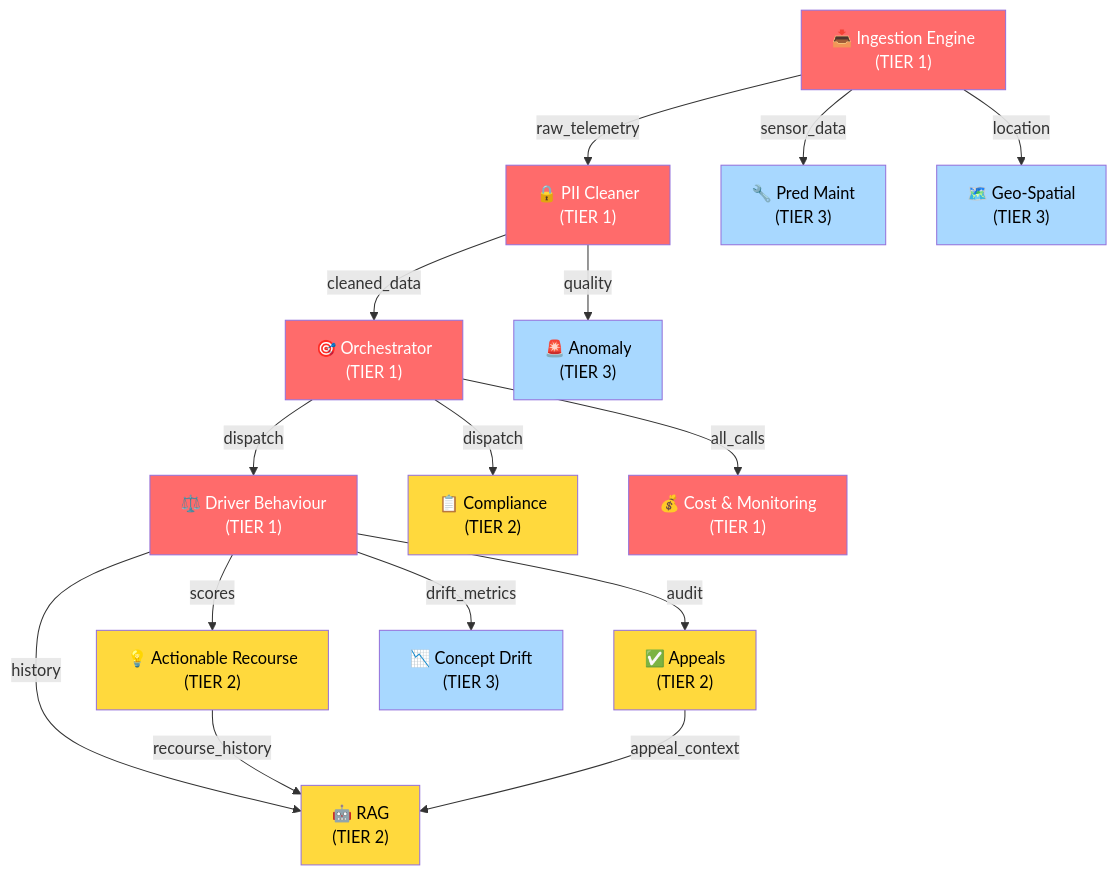
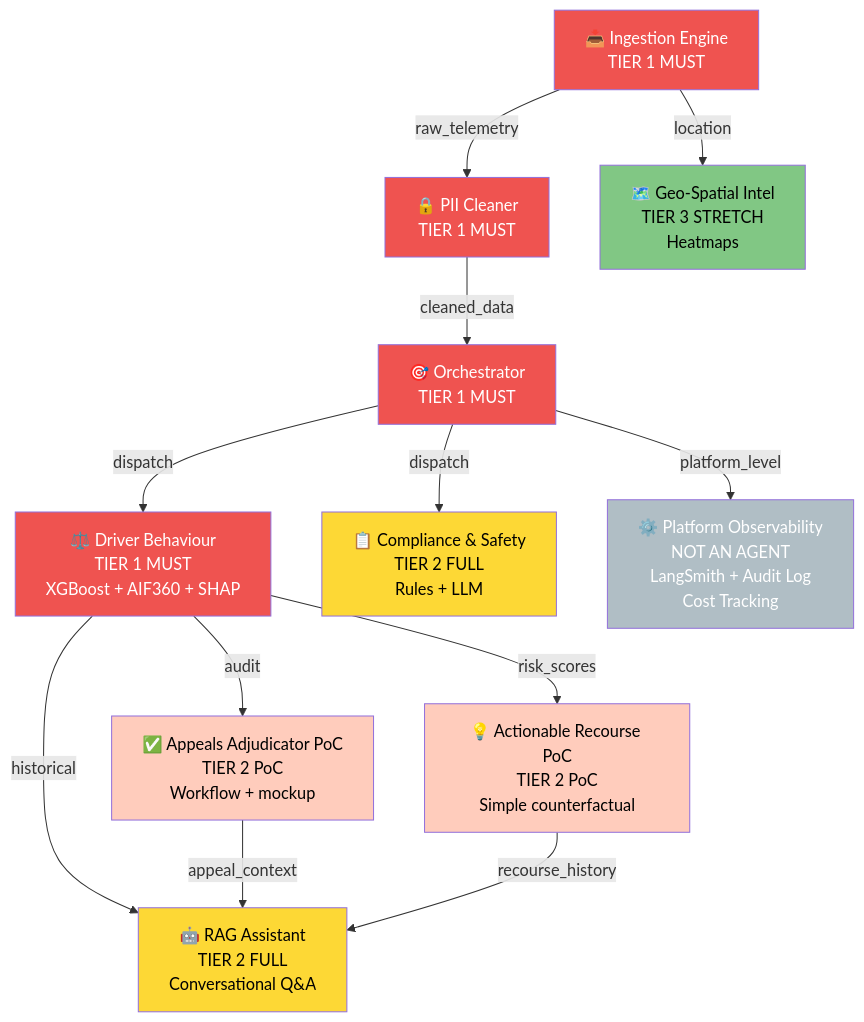
One commit to tracedata-ai/tracedata-ai-monorepo changed the fifth of 15 diagrams in docs/architecture/master_plan.md. Above: the diagram before and after it, drawn with Mermaid. The commit also changed other lines of this file and 1 other file, not shown here.

````diff
--- a/docs/architecture/master_plan.md
+++ b/docs/architecture/master_plan.md
@@ -115,35 +191,38 @@
 ```mermaid
 graph TD
-    A["📥 Ingestion Engine<br/>(TIER 1)"] -->|raw_telemetry| B["🔒 PII Cleaner<br/>(TIER 1)"]
-    B -->|cleaned_data| C["🎯 Orchestrator<br/>(TIER 1)"]
-    C -->|dispatch| D["⚖️ Driver Behaviour<br/>(TIER 1)"]
-    C -->|dispatch| CO["📋 Compliance<br/>(TIER 2)"]
-    C -->|all_calls| CM["💰 Cost & Monitoring<br/>(TIER 1)"]
+    A["📥 Ingestion Engine<br/>TIER 1 MUST"] -->|raw_telemetry| B["🔒 PII Cleaner<br/>TIER 1 MUST"]
 
-    D -->|scores| AR["💡 Actionable Recourse<br/>(TIER 2)"]
-    D -->|audit| AP["✅ Appeals<br/>(TIER 2)"]
-    D -->|history| R["🤖 RAG<br/>(TIER 2)"]
-    AR -->|recourse_history| R
-    AP -->|appeal_context| R
+    B -->|cleaned_data| C["🎯 Orchestrator<br/>TIER 1 MUST"]
 
-    D -->|drift_metrics| DR["📉 Concept Drift<br/>(TIER 3)"]
-    A -->|sensor_data| PM["🔧 Pred Maint<br/>(TIER 3)"]
-    A -->|location| GS["🗺️ Geo-Spatial<br/>(TIER 3)"]
-    B -->|quality| AN["🚨 Anomaly<br/>(TIER 3)"]
+    C -->|dispatch| D["⚖️ Driver Behaviour<br/>TIER 1 MUST<br/>XGBoost + AIF360 + SHAP"]
 
-    style A fill:#ff6b6b,color:#fff
-    style B fill:#ff6b6b,color:#fff
-    style C fill:#ff6b6b,color:#fff
-    style D fill:#ff6b6b,color:#fff
-    style CM fill:#ff6b6b,color:#fff
+    C -->|dispatch| E["📋 Compliance & Safety<br/>TIER 2 FULL<br/>Rules + LLM"]
 
-    style AR fill:#ffd93d,color:#000
-    style CO fill:#ffd93d,color:#000
-    style AP fill:#ffd93d,color:#000
-    style R fill:#ffd93d,color:#000
+    D -->|risk_scores| F["💡 Actionable Recourse PoC<br/>TIER 2 PoC<br/>Simple counterfactual"]
 
-    style PM fill:#a8d8ff,color:#000
-    style DR fill:#a8d8ff,color:#000
-    style AN fill:#a8d8ff,color:#000
-    style GS fill:#a8d8ff,color:#000
+    D -->|audit| G["✅ Appeals Adjudicator PoC<br/>TIER 2 PoC<br/>Workflow + mockup"]
+
+    D -->|historical| H["🤖 RAG Assistant<br/>TIER 2 FULL<br/>Conversational Q&A"]
+
+    G -->|appeal_context| H
+    F -->|recourse_history| H
+
+    A -->|location| I["🗺️ Geo-Spatial Intel<br/>TIER 3 STRETCH<br/>Heatmaps"]
+
+    C -->|platform_level| J["⚙️ Platform Observability<br/>NOT AN AGENT<br/>LangSmith + Audit Log<br/>Cost Tracking"]
+
+    style A fill:#ef5350,color:#fff
+    style B fill:#ef5350,color:#fff
+    style C fill:#ef5350,color:#fff
+    style D fill:#ef5350,color:#fff
+
+    style E fill:#fdd835,color:#000
+    style H fill:#fdd835,color:#000
+
+    style F fill:#ffccbc,color:#000
+    style G fill:#ffccbc,color:#000
+
+    style I fill:#81c784,color:#000
+
+    style J fill:#b0bec5,color:#fff
 ```
````
